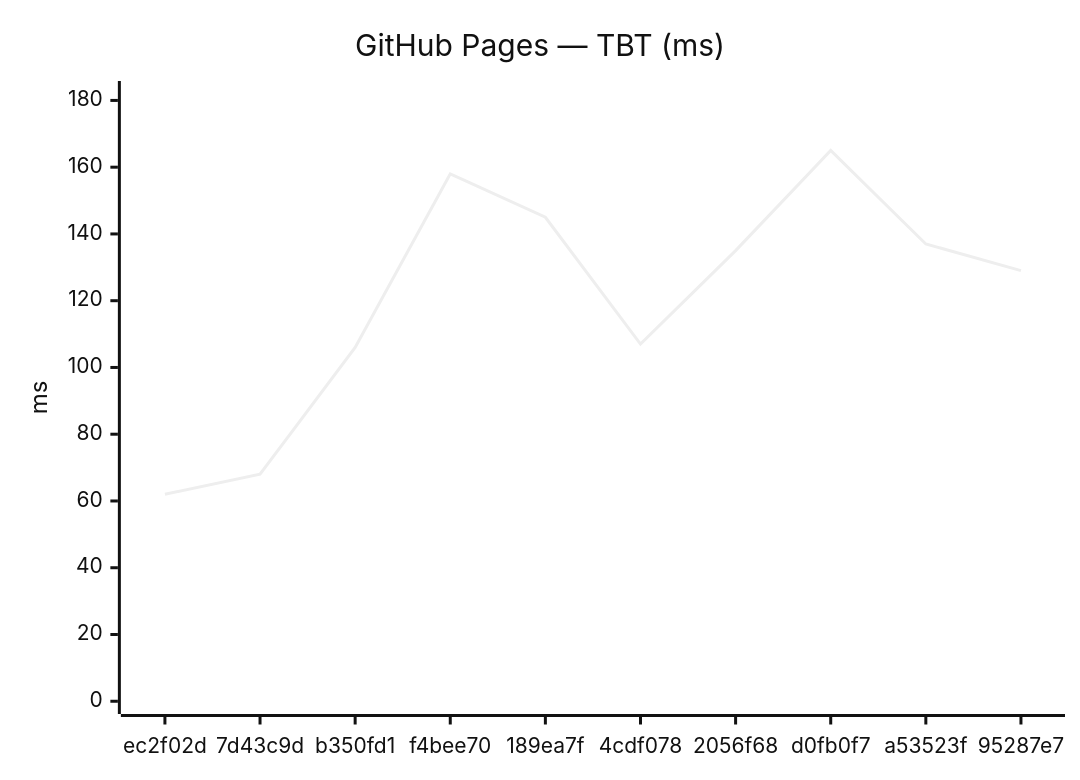
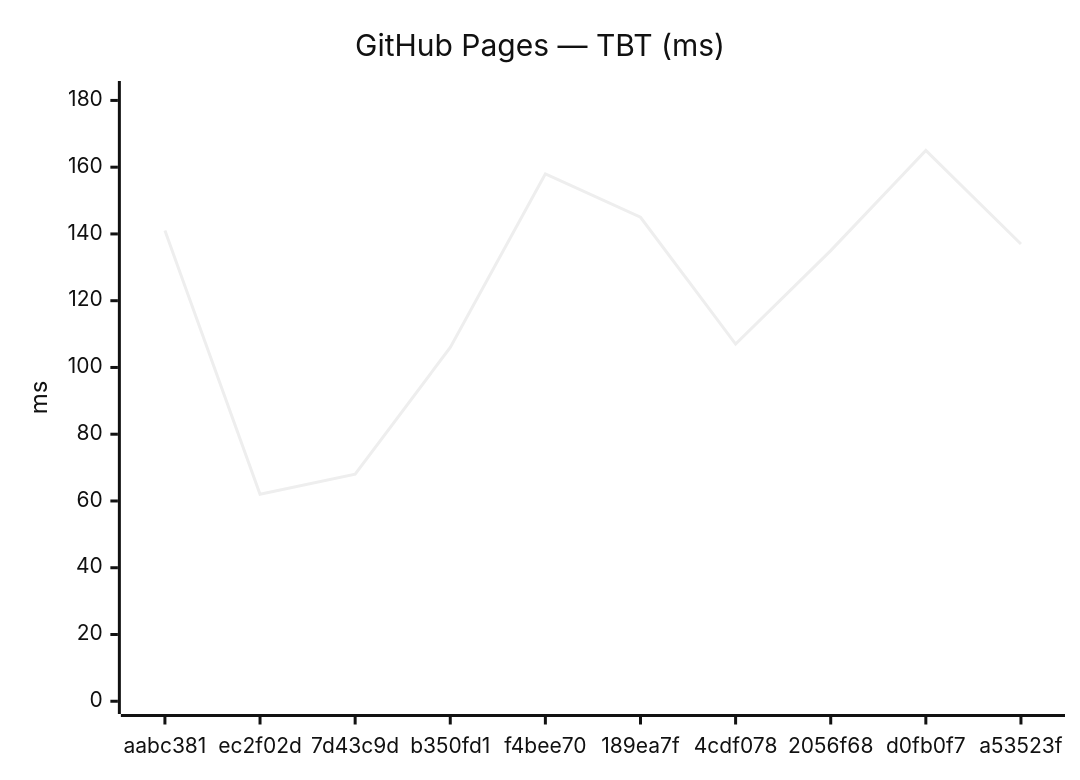
Before and after one commit to Metaheurist/Rianell: the fourth of 18 diagrams in benchmarks/compare.md, drawn with Mermaid (neutral theme). The commit also changed other lines of this file and 11 other files, not shown here.

````diff
--- a/benchmarks/compare.md
+++ b/benchmarks/compare.md
@@ -61,7 +61,7 @@
 ```mermaid
 xychart-beta
     title "GitHub Pages — TBT (ms)"
-    x-axis ["ec2f02d", "7d43c9d", "b350fd1", "f4bee70", "189ea7f", "4cdf078", "2056f68", "d0fb0f7", "a53523f", "95287e7"]
+    x-axis ["aabc381", "ec2f02d", "7d43c9d", "b350fd1", "f4bee70", "189ea7f", "4cdf078", "2056f68", "d0fb0f7", "a53523f"]
     y-axis "ms" 0 --> 182
-    line [62, 68, 106, 158, 145, 107, 135, 165, 137, 129]
+    line [141, 62, 68, 106, 158, 145, 107, 135, 165, 137]
 ```
````
